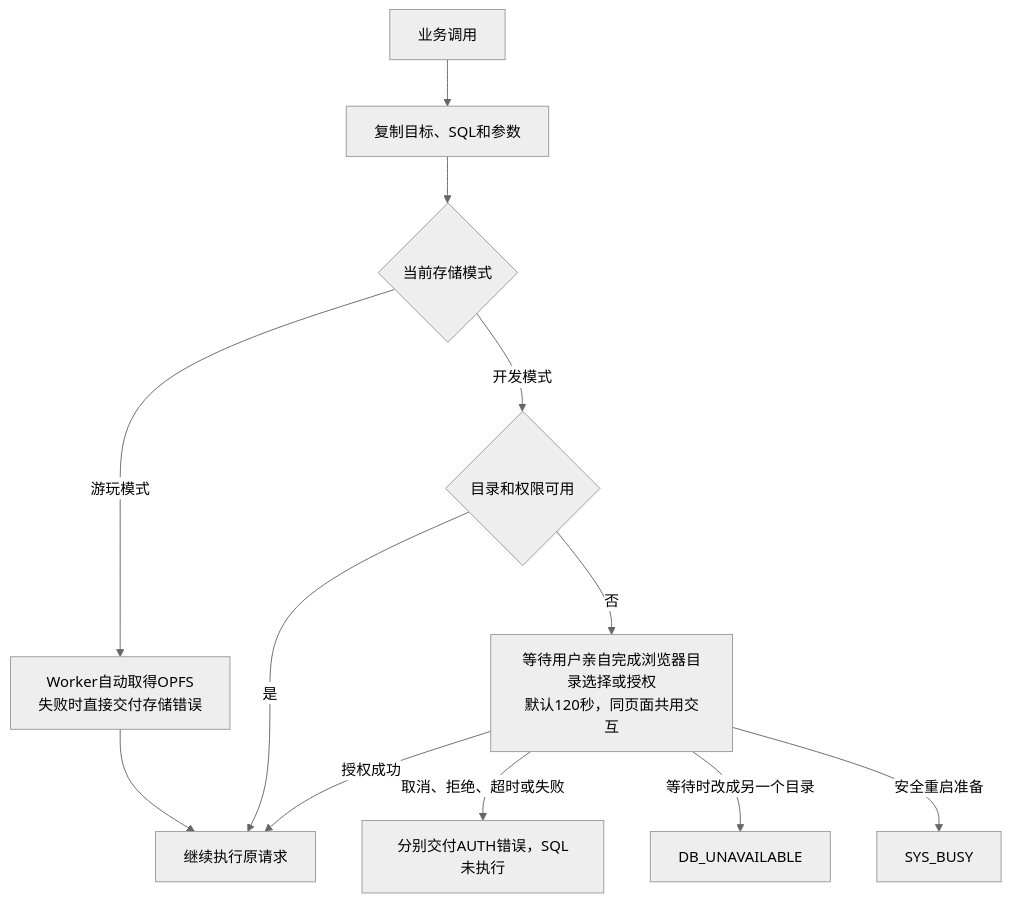
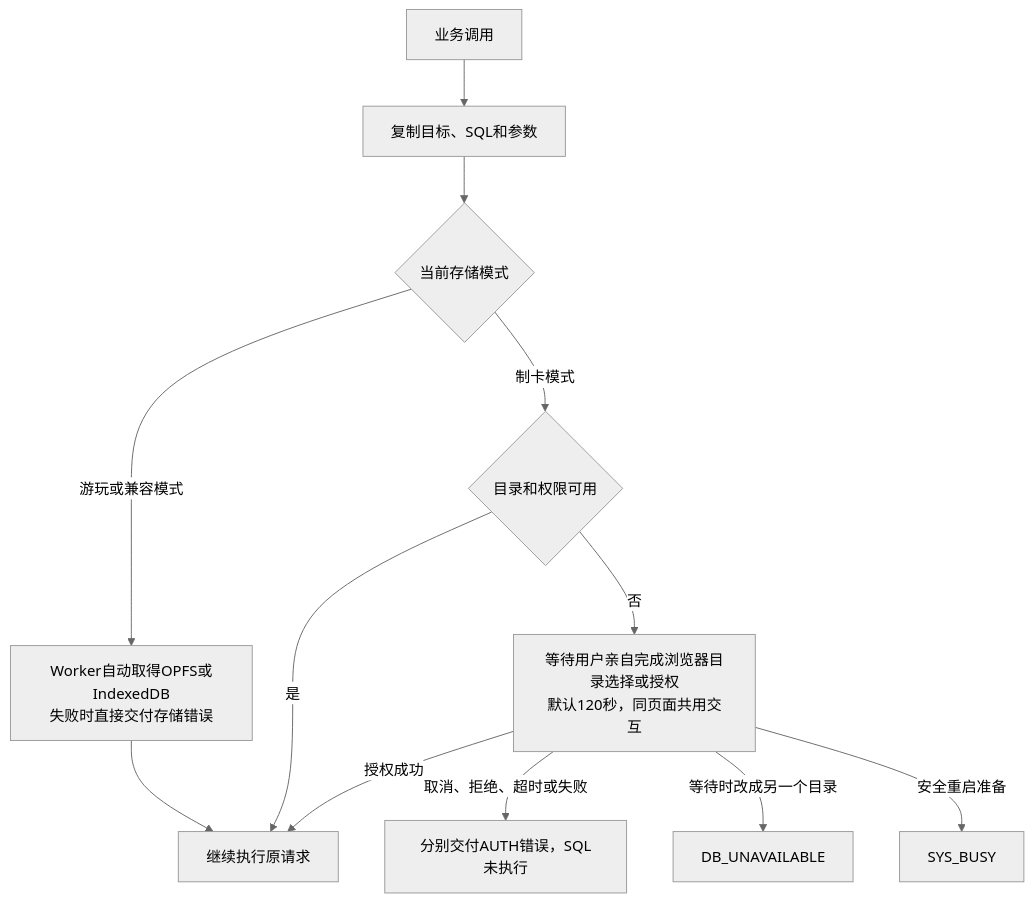
Before and after one commit to q3boy/st-sqlite-helper: the diagram in doc/sqlite-helper/契约/公共接口契约.md, drawn with Mermaid (neutral theme). The commit also changed other lines of this file and 178 other files, not shown here.

````diff
--- a/doc/sqlite-helper/契约/公共接口契约.md
+++ b/doc/sqlite-helper/契约/公共接口契约.md
@@ -33,14 +33,14 @@
 ```mermaid
 flowchart TD
     A[业务调用] --> B[复制目标、SQL和参数]
     B --> C{当前存储模式}
-    C -->|游玩模式| D[Worker自动取得OPFS<br/>失败时直接交付存储错误]
+    C -->|游玩或兼容模式| D[Worker自动取得OPFS或IndexedDB<br/>失败时直接交付存储错误]
     D --> G[继续执行原请求]
-    C -->|开发模式| F{目录和权限可用}
+    C -->|制卡模式| F{目录和权限可用}
     F -->|是| G
     F -->|否| H[等待用户亲自完成浏览器目录选择或授权<br/>默认120秒，同页面共用交互]
     H -->|授权成功| G
     H -->|取消、拒绝、超时或失败| E2[分别交付AUTH错误，SQL未执行]
     H -->|等待时改成另一个目录| E3[DB_UNAVAILABLE]
     H -->|安全重启准备| E4[SYS_BUSY]
 ```
````
